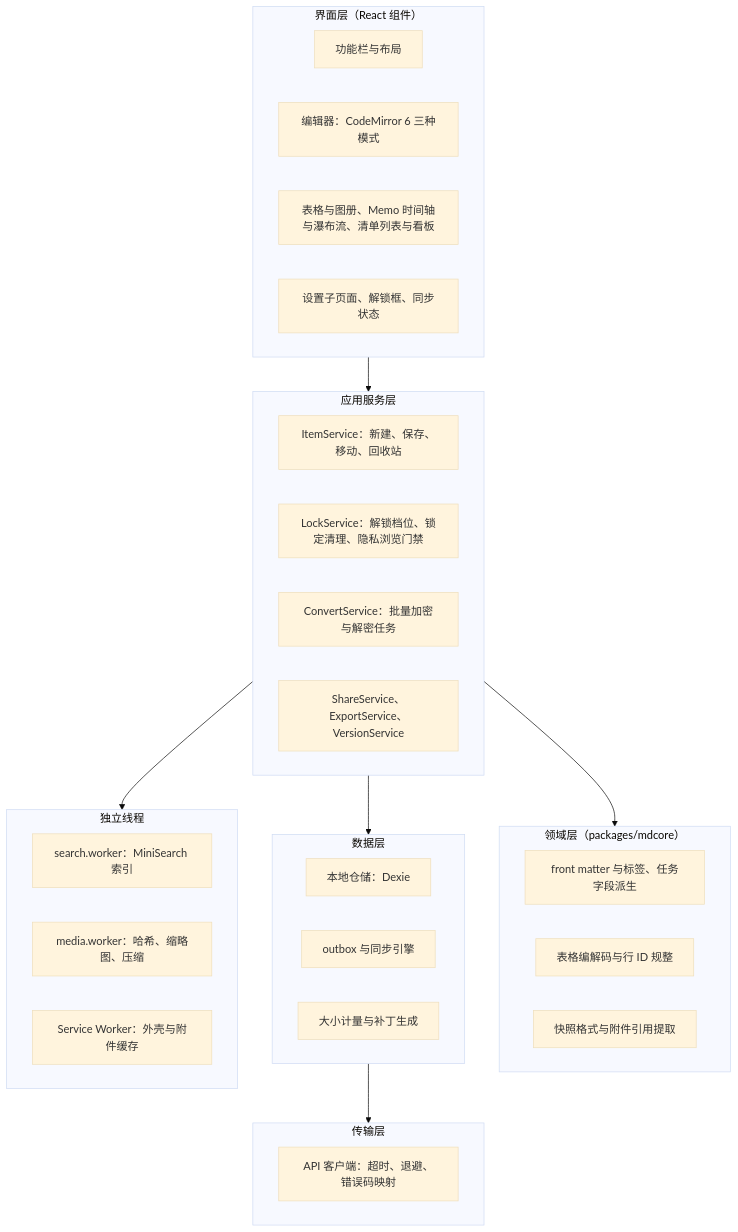
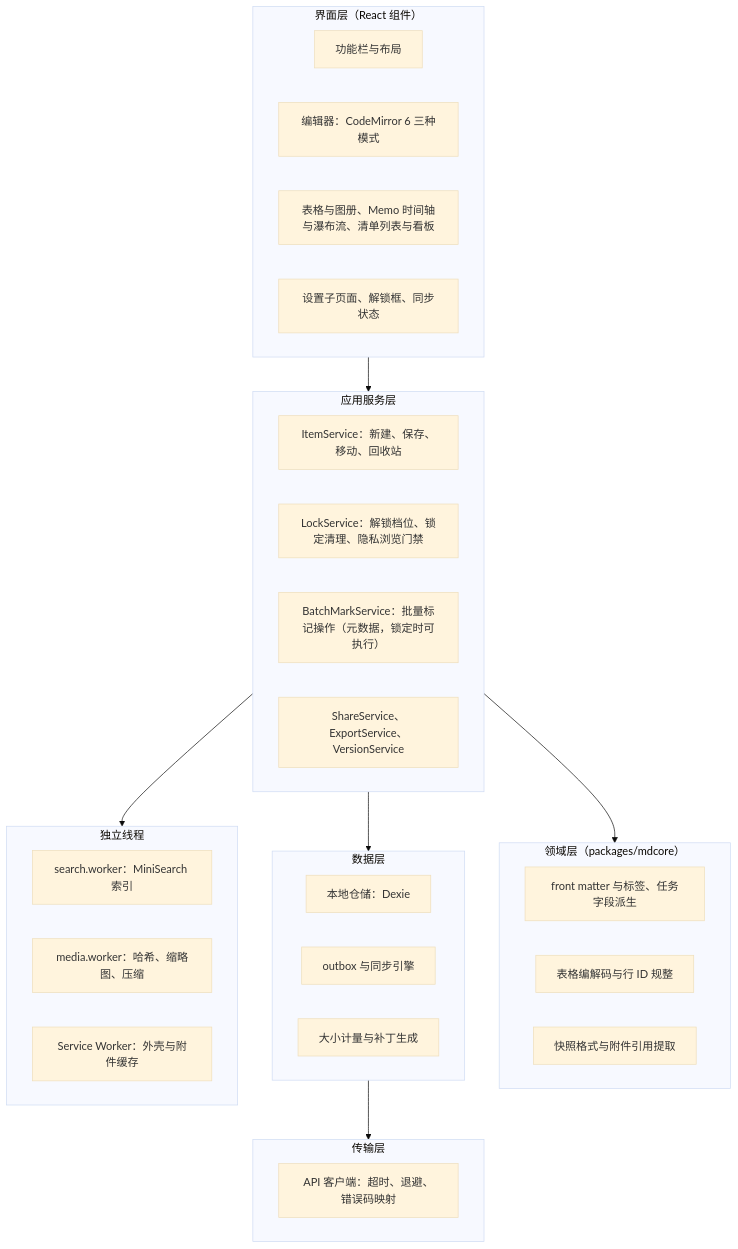
Before and after one commit to maxxie6418/MeNote: the second of 5 diagrams in Menote-项目架构-v1.md, drawn with Mermaid (base theme). The commit also changed other lines of this file, not shown here.

Commit message:
架构 v1.3：代码组织定稿——入口只装配规则、功能到代码落点对照表、防膨胀护栏（依赖方向 lint 与行数预算），更正分层图遗留节点

````diff
--- a/Menote-项目架构-v1.md
+++ b/Menote-项目架构-v1.md
@@ -177,38 +242,38 @@
 ```mermaid
 flowchart TB
     subgraph L1["界面层（React 组件）"]
         V1["功能栏与布局"]
         V2["编辑器：CodeMirror 6 三种模式"]
         V3["表格与图册、Memo 时间轴与瀑布流、清单列表与看板"]
         V4["设置子页面、解锁框、同步状态"]
     end
     subgraph L2["应用服务层"]
         S1["ItemService：新建、保存、移动、回收站"]
         S2["LockService：解锁档位、锁定清理、隐私浏览门禁"]
-        S3["ConvertService：批量加密与解密任务"]
+        S3["BatchMarkService：批量标记操作（元数据，锁定时可执行）"]
         S4["ShareService、ExportService、VersionService"]
     end
     subgraph L3["领域层（packages/mdcore）"]
         D1["front matter 与标签、任务字段派生"]
         D2["表格编解码与行 ID 规整"]
         D3["快照格式与附件引用提取"]
     end
     subgraph L4["数据层"]
         R1["本地仓储：Dexie"]
         R2["outbox 与同步引擎"]
         R3["大小计量与补丁生成"]
     end
     subgraph L5["传输层"]
         T1["API 客户端：超时、退避、错误码映射"]
     end
     subgraph WK["独立线程"]
         W3["search.worker：MiniSearch 索引"]
         W4["media.worker：哈希、缩略图、压缩"]
         W5["Service Worker：外壳与附件缓存"]
     end
     L1 --> L2
     L2 --> L3
     L2 --> L4
     L4 --> L5
     L2 --> WK
 ```
````
